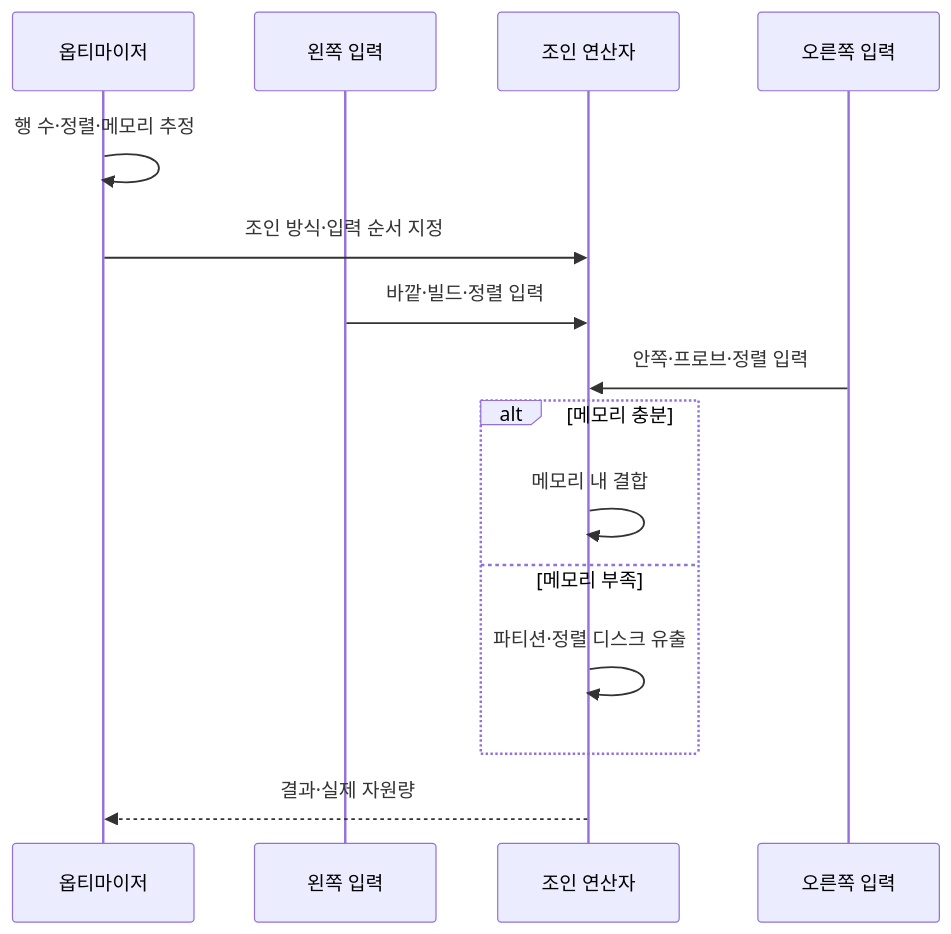
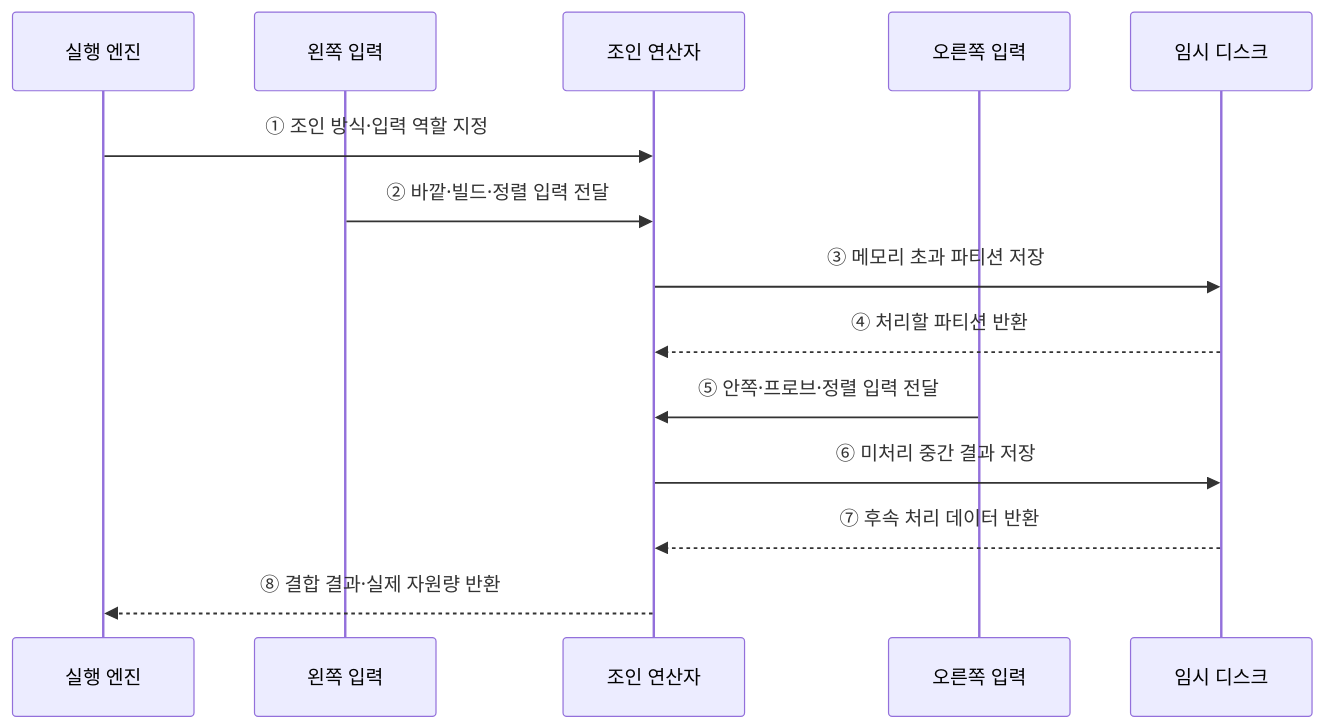
One commit to agnusdei1207/knowledge-base changed the second of 2 diagrams in src/content/docs/notes/03-software/096_join_algorithms.md. Above: the diagram before and after it, drawn with Mermaid. The commit also changed other lines of this file and 20 other files, not shown here.

````diff
--- a/src/content/docs/notes/03-software/096_join_algorithms.md
+++ b/src/content/docs/notes/03-software/096_join_algorithms.md
@@ -80,17 +69,16 @@
 ```mermaid
 sequenceDiagram
-    participant O as 옵티마이저
+    participant Q as 실행 엔진
     participant L as 왼쪽 입력
     participant J as 조인 연산자
     participant R as 오른쪽 입력
-    O->>O: 행 수·정렬·메모리 추정
-    O->>J: 조인 방식·입력 순서 지정
-    L->>J: 바깥·빌드·정렬 입력
-    R->>J: 안쪽·프로브·정렬 입력
-    alt 메모리 충분
-        J->>J: 메모리 내 결합
-    else 메모리 부족
-        J->>J: 파티션·정렬 디스크 유출
-    end
-    J-->>O: 결과·실제 자원량
+    participant T as 임시 디스크
+    Q->>J: ① 조인 방식·입력 역할 지정
+    L->>J: ② 바깥·빌드·정렬 입력 전달
+    J->>T: ③ 메모리 초과 파티션 저장
+    T-->>J: ④ 처리할 파티션 반환
+    R->>J: ⑤ 안쪽·프로브·정렬 입력 전달
+    J->>T: ⑥ 미처리 중간 결과 저장
+    T-->>J: ⑦ 후속 처리 데이터 반환
+    J-->>Q: ⑧ 결합 결과·실제 자원량 반환
 ```
````
